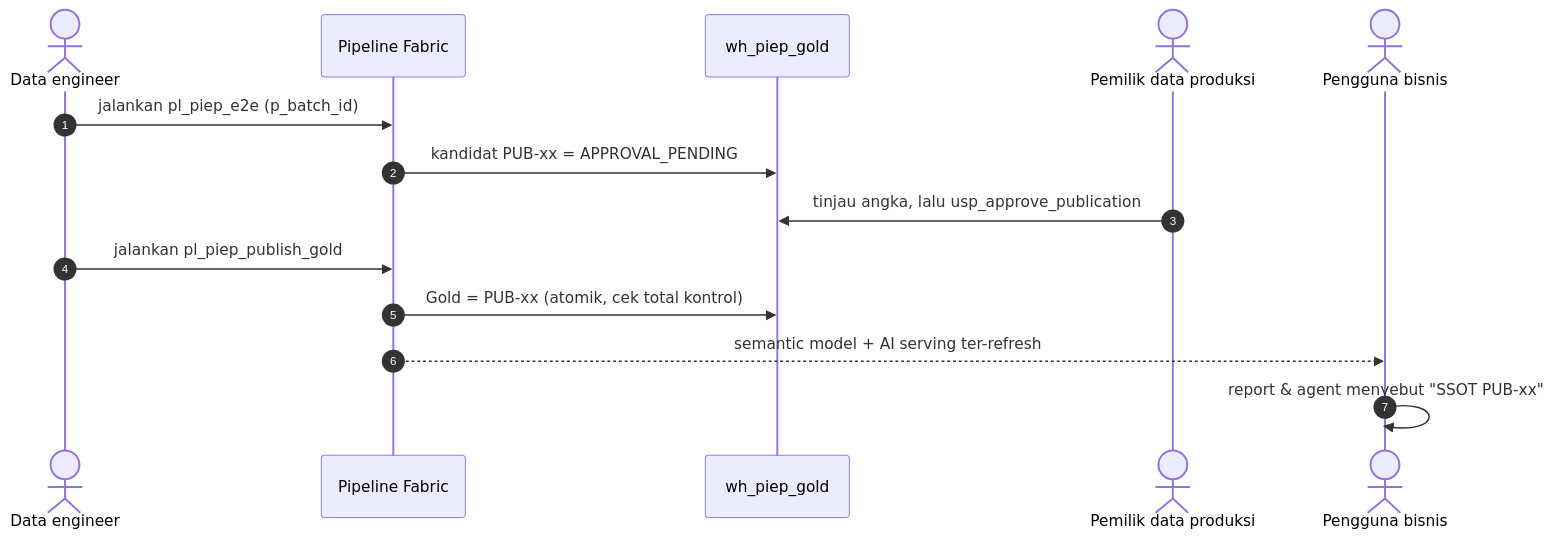
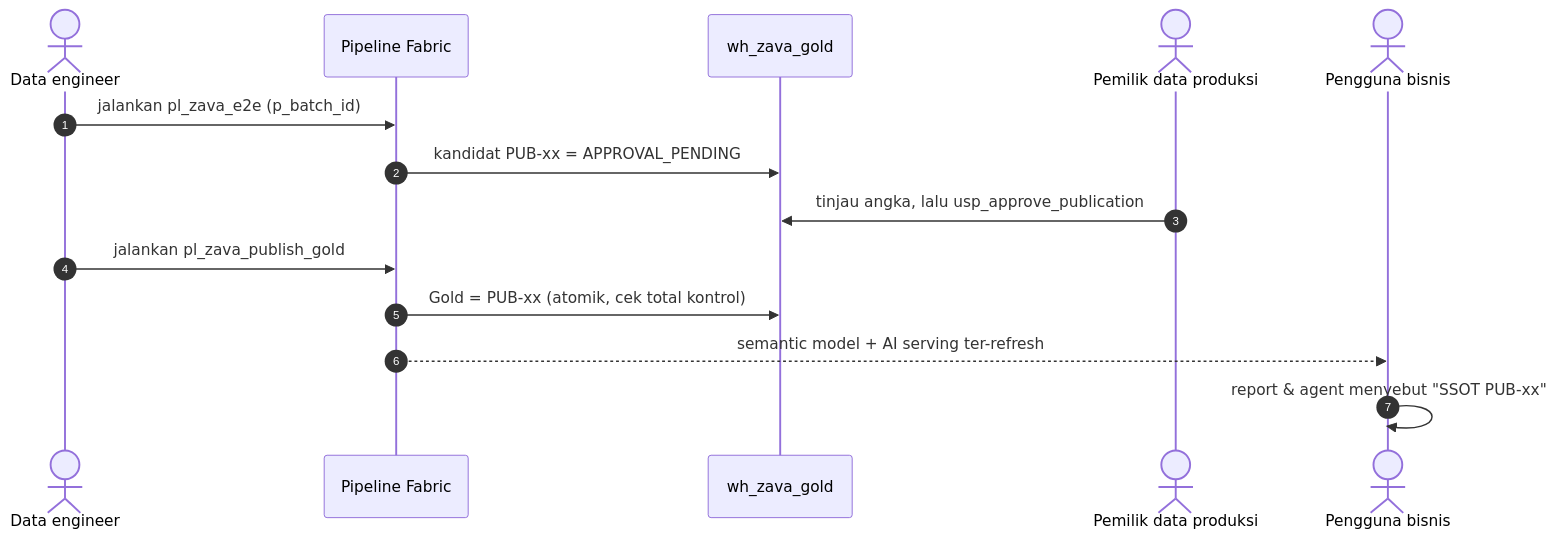
One commit to edhotp/Microsoft-Fabric-with-PPDM-Demo changed the sixth of 8 diagrams in demo tutorial/tutorial/overview.md. Above: the diagram before and after it, drawn with Mermaid. The commit also changed other lines of this file and 67 other files, not shown here.

First line of the commit message:
Rebrand demo from PIEP to Zava Energy

````diff
--- a/demo tutorial/tutorial/overview.md
+++ b/demo tutorial/tutorial/overview.md
@@ -149,16 +149,16 @@
 ```mermaid
 sequenceDiagram
     autonumber
     actor Eng as Data engineer
     participant PL as Pipeline Fabric
-    participant WH as wh_piep_gold
+    participant WH as wh_zava_gold
     actor Own as Pemilik data produksi
     actor User as Pengguna bisnis
-    Eng->>PL: jalankan pl_piep_e2e (p_batch_id)
+    Eng->>PL: jalankan pl_zava_e2e (p_batch_id)
     PL->>WH: kandidat PUB-xx = APPROVAL_PENDING
     Own->>WH: tinjau angka, lalu usp_approve_publication
-    Eng->>PL: jalankan pl_piep_publish_gold
+    Eng->>PL: jalankan pl_zava_publish_gold
     PL->>WH: Gold = PUB-xx (atomik, cek total kontrol)
     PL-->>User: semantic model + AI serving ter-refresh
     User->>User: report & agent menyebut "SSOT PUB-xx"
 ```
````
